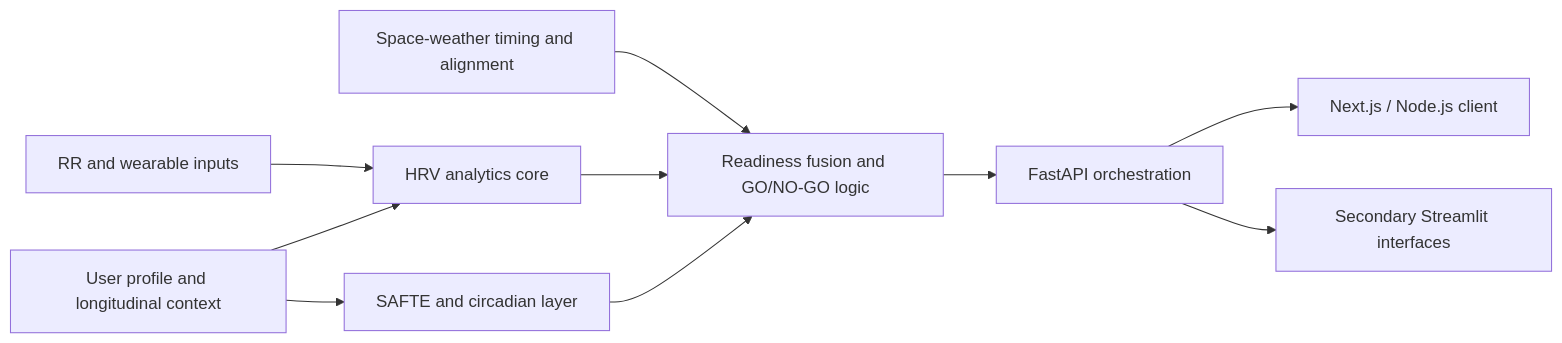
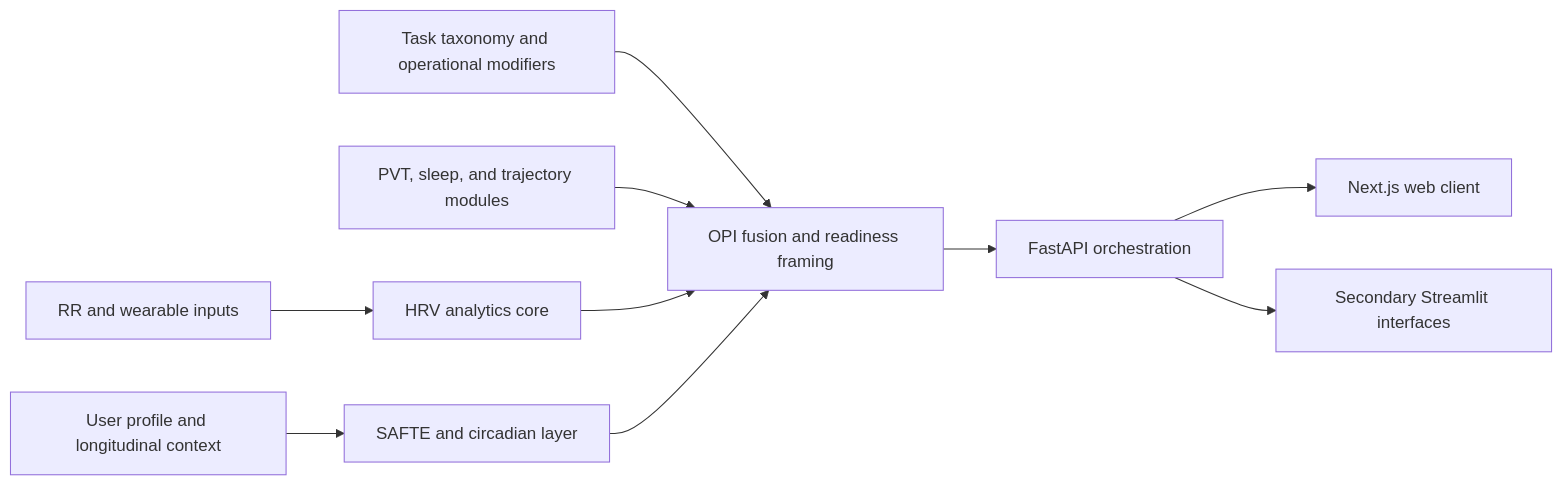
Before and after one commit to strikerdlm/HRV: the diagram in manuscript/evidence/core_modules_scope.md, drawn with Mermaid. The commit also changed other lines of this file, not shown here.

Commit message:
docs: refocus manuscript core module scope

````diff
--- a/manuscript/evidence/core_modules_scope.md
+++ b/manuscript/evidence/core_modules_scope.md
@@ -9,12 +9,12 @@
 ```mermaid
 flowchart LR
 rrInput["RR and wearable inputs"] --> hrvCore["HRV analytics core"]
-userContext["User profile and longitudinal context"] --> hrvCore
-userContext --> fatigueLayer["SAFTE and circadian layer"]
-spaceContext["Space-weather timing and alignment"] --> decisionLayer["Readiness fusion and GO/NO-GO logic"]
+userContext["User profile and longitudinal context"] --> fatigueLayer["SAFTE and circadian layer"]
+taskContext["Task taxonomy and operational modifiers"] --> decisionLayer["OPI fusion and readiness framing"]
+auxModules["PVT, sleep, and trajectory modules"] --> decisionLayer
 hrvCore --> decisionLayer
 fatigueLayer --> decisionLayer
 decisionLayer --> apiLayer["FastAPI orchestration"]
-apiLayer --> nextClient["Next.js / Node.js client"]
+apiLayer --> nextClient["Next.js web client"]
 apiLayer --> streamlitSecondary["Secondary Streamlit interfaces"]
 ```
````
